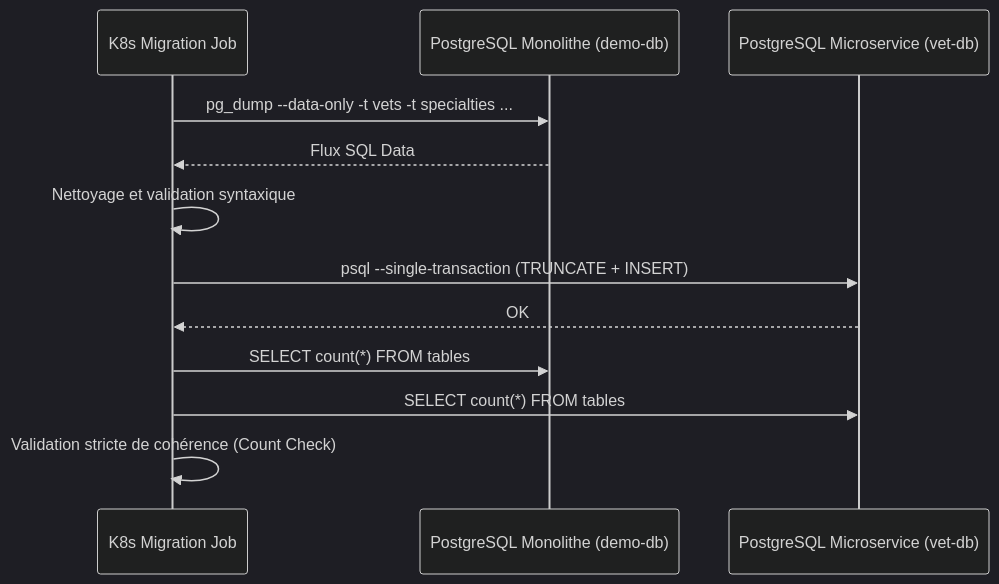
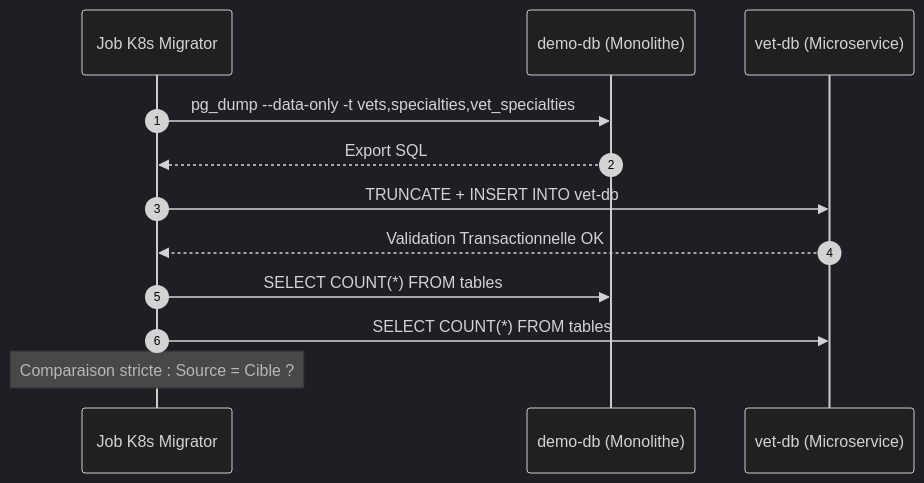
One commit to abdochiguer/Monolith-to-Microservices-Migration changed the fifth of 8 diagrams in README.md. Above: the diagram before and after it, drawn with Mermaid (dark theme). The commit also changed other lines of this file, not shown here.

````diff
--- a/README.md
+++ b/README.md
@@ -68,15 +178,15 @@
 ```mermaid
 sequenceDiagram
-    participant Job as K8s Migration Job
-    participant Src as PostgreSQL Monolithe (demo-db)
-    participant Dst as PostgreSQL Microservice (vet-db)
+    autonumber
+    participant Job as Job K8s Migrator
+    participant Source as demo-db (Monolithe)
+    participant Dest as vet-db (Microservice)
 
-    Job->>Src: pg_dump --data-only -t vets -t specialties ...
-    Src-->>Job: Flux SQL Data
-    Job->>Job: Nettoyage et validation syntaxique
-    Job->>Dst: psql --single-transaction (TRUNCATE + INSERT)
-    Dst-->>Job: OK
-    Job->>Src: SELECT count(*) FROM tables
-    Job->>Dst: SELECT count(*) FROM tables
-    Job->>Job: Validation stricte de cohérence (Count Check)
+    Job->>Source: pg_dump --data-only -t vets,specialties,vet_specialties
+    Source-->>Job: Export SQL
+    Job->>Dest: TRUNCATE + INSERT INTO vet-db
+    Dest-->>Job: Validation Transactionnelle OK
+    Job->>Source: SELECT COUNT(*) FROM tables
+    Job->>Dest: SELECT COUNT(*) FROM tables
+    Note over Job: Comparaison stricte : Source = Cible ?
 ```
````
